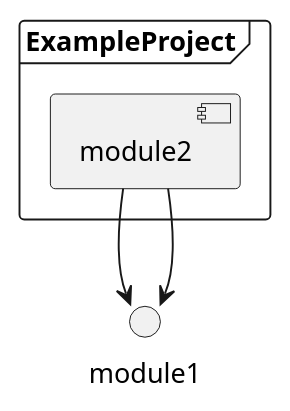
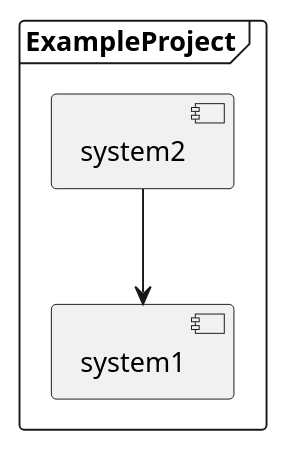
The diagram in exampleProject/system2/docs/system.puml (danakuban/docsGradlePlugin), drawn with PlantUML before and after one commit. The commit also changed 13 other files, not shown here.

```diff
--- a/exampleProject/system2/docs/system.puml
+++ b/exampleProject/system2/docs/system.puml
@@ -1,12 +1,11 @@
 @startuml
 
 frame ExampleProject {
-    component module2
+    component system1
+    component system2
 }
 
 'Dependencies
-module2 --> module1
-'Dependencies
-module2 --> module1
+system2 --> system1
 
 @enduml
```
